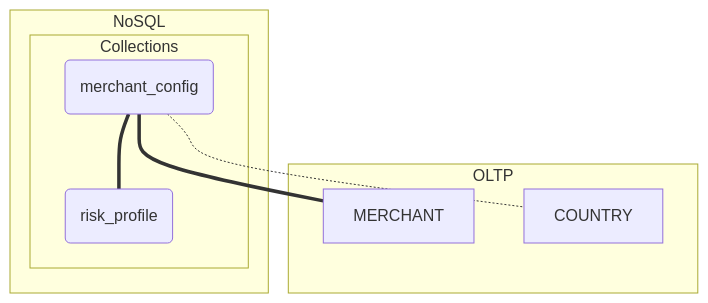
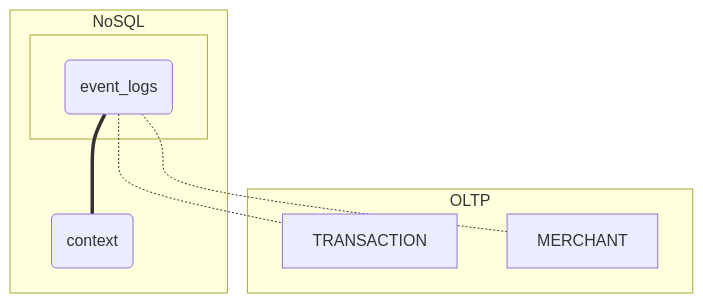
Before and after one commit to nicolaspichon-git/jedha-data-scientist-lead-bloc2--stripe-project: the diagram in sources/diagrams/stripe-project--d1-data-architecture--diagram-6-1--nosql-model-1.md, drawn with Mermaid. The commit also changed 33 other files, not shown here.

````diff
--- a/sources/diagrams/stripe-project--d1-data-architecture--diagram-6-1--nosql-model-1.md
+++ b/sources/diagrams/stripe-project--d1-data-architecture--diagram-6-1--nosql-model-1.md
@@ -17,18 +17,17 @@
 ```mermaid
 flowchart TB
     subgraph OLTP["OLTP"]
+        TRANSACTION
         MERCHANT
-        COUNTRY
     end 
-
     subgraph NOSQL["NoSQL"]
-        subgraph COLLECTIONS["Collections"]
-            C_MERCHANT_CONFIG("merchant_config")
-	        C_MC_RISK("risk_profile")
-        end
+	    subgraph COLLS[" "]
+	        C_EVENT_LOGS("event_logs")
+	    end
+	    C_EL_CONTEXT("context")
     end
-
-    C_MERCHANT_CONFIG === C_MC_RISK
-    C_MERCHANT_CONFIG === MERCHANT
-    C_MERCHANT_CONFIG -.- COUNTRY
+    
+    C_EVENT_LOGS === C_EL_CONTEXT
+    C_EVENT_LOGS -.- TRANSACTION
+    C_EVENT_LOGS -.- MERCHANT
 ```
````
